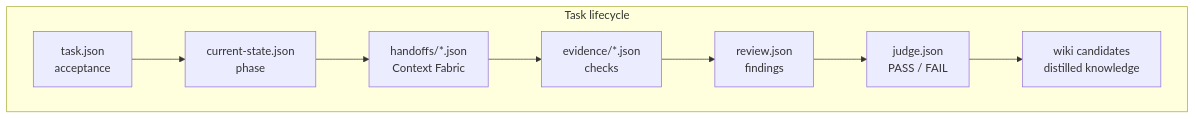
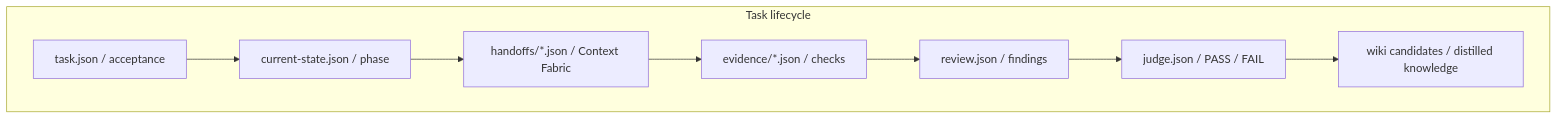
The sixth of 6 diagrams in README.md (geebytes/kata), drawn with Mermaid before and after one commit. The commit also changed other lines of this file and 1 other file, not shown here.

Commit message:
docs: fix mermaid diagrams — replace br tags with plain text separators

````diff
--- a/README.md
+++ b/README.md
@@ -218,19 +218,19 @@
 ```mermaid
 flowchart TB
     subgraph Task lifecycle
-        T1[task.json<br/>acceptance]
-        T2[current-state.json<br/>phase]
-        T3[handoffs/*.json<br/>Context Fabric]
-        T4[evidence/*.json<br/>checks]
-        T5[review.json<br/>findings]
-        T6[judge.json<br/>PASS / FAIL]
-        T7[wiki candidates<br/>distilled knowledge]
+        T1[task.json / acceptance]
+        T2[current-state.json / phase]
+        T3[handoffs/*.json / Context Fabric]
+        T4[evidence/*.json / checks]
+        T5[review.json / findings]
+        T6[judge.json / PASS / FAIL]
+        T7[wiki candidates / distilled knowledge]
     end
 
     T1 --> T2
     T2 --> T3
     T3 --> T4
     T4 --> T5
     T5 --> T6
     T6 --> T7
 ```
````
